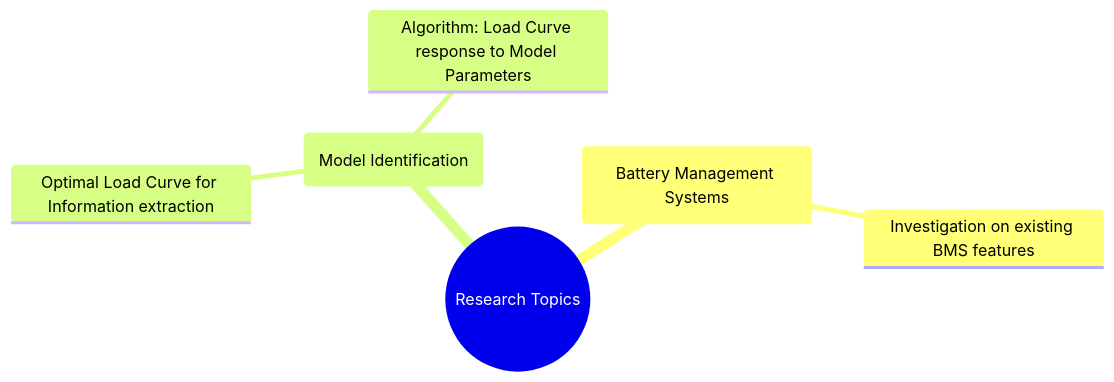
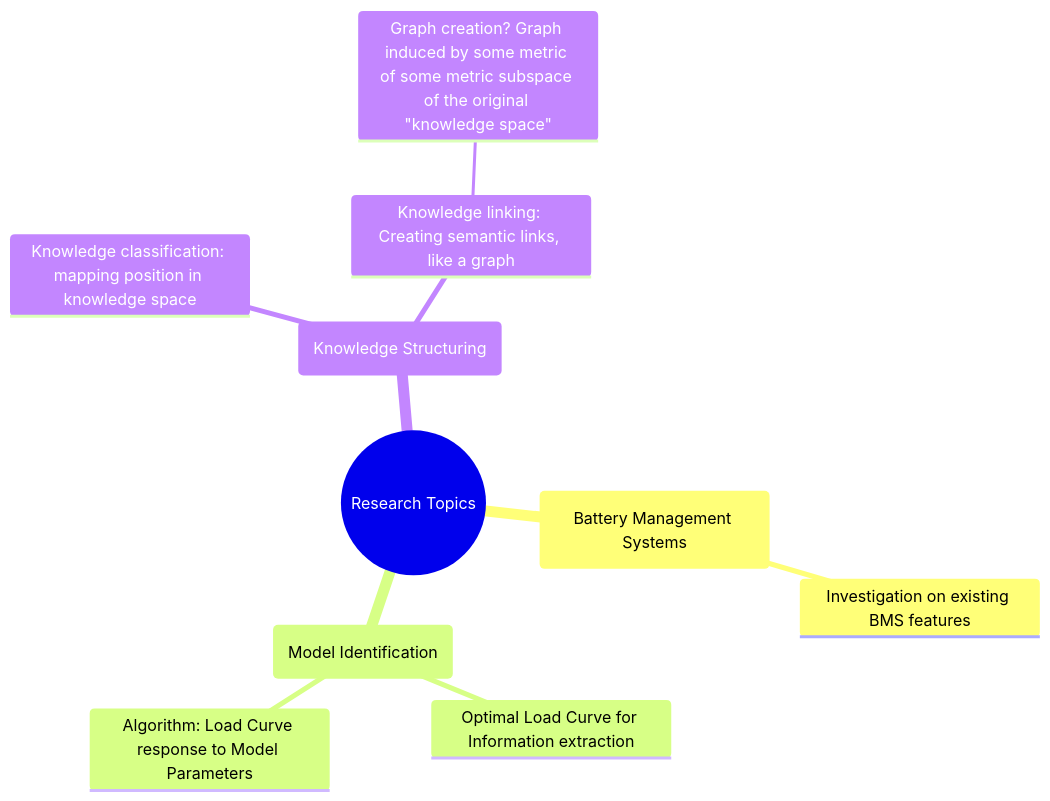
The diagram in docs/research/mindmap.md (pascalguttmann/obat), drawn with Mermaid before and after one commit.

Commit message:
add mindmap knowledge structuring point

````diff
--- a/docs/research/mindmap.md
+++ b/docs/research/mindmap.md
@@ -3,9 +3,13 @@
 ```mermaid
 mindmap
   ((Research Topics))
     (Battery Management Systems)
       Investigation on existing BMS features
     (Model Identification)
       Optimal Load Curve for Information extraction
       Algorithm: Load Curve response to Model Parameters
+    (Knowledge Structuring)
+      Knowledge classification: mapping position in knowledge space
+      Knowledge linking: Creating semantic links, like a graph
+        Graph creation? Graph induced by some metric of some metric subspace of the original "knowledge space"
 ```
````
